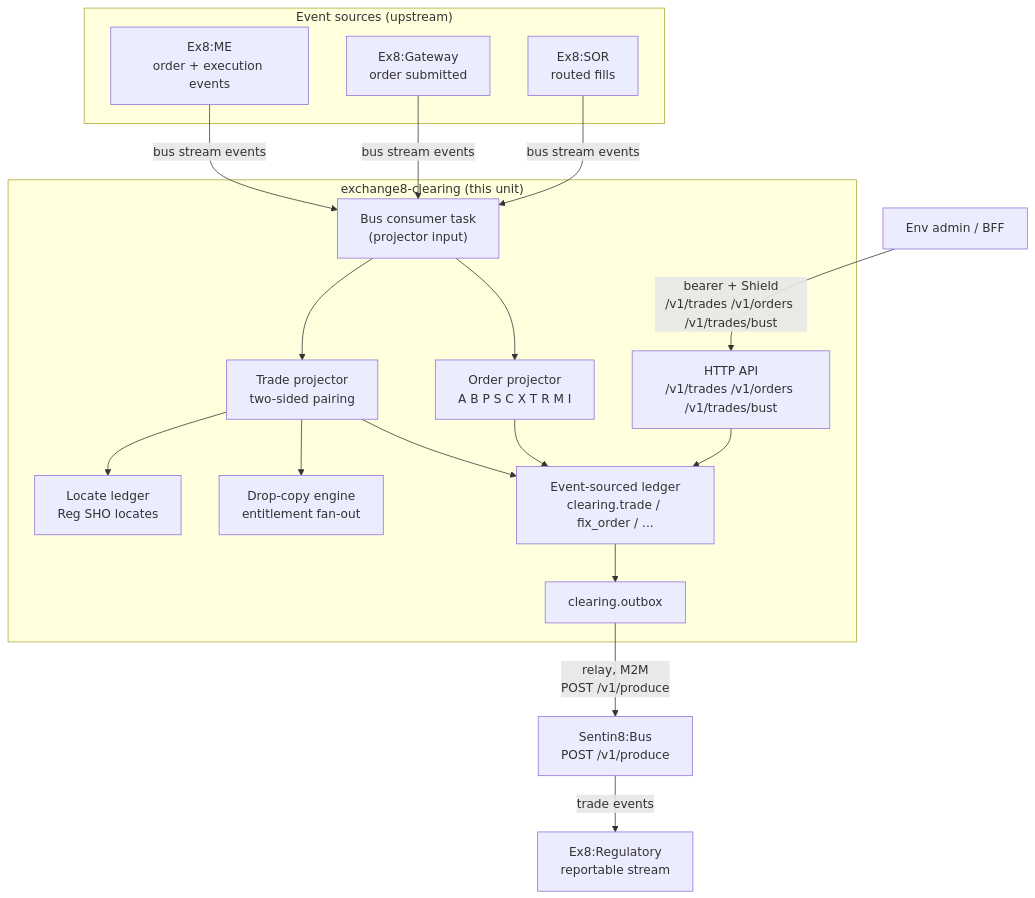
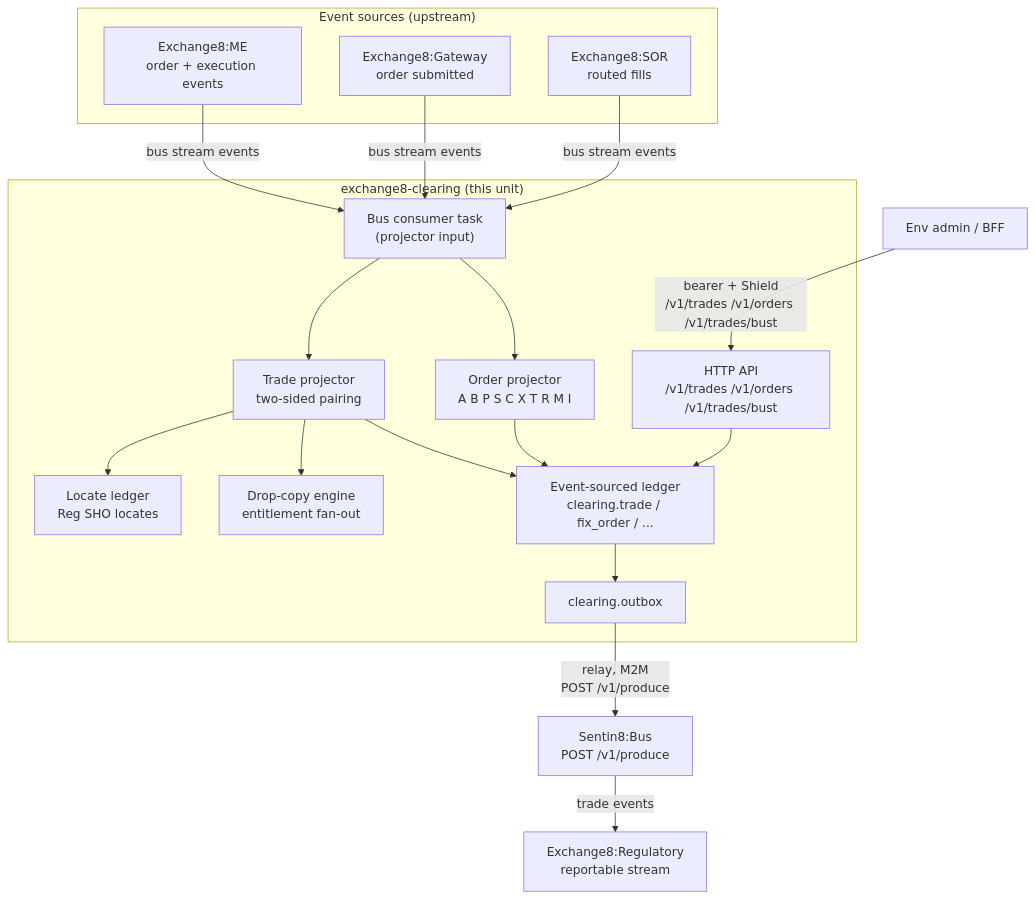
Before and after one commit to Exchange8-dev/exchange8-clearing: the diagram in README.md, drawn with Mermaid. The commit also changed other lines of this file and 10 other files, not shown here.

````diff
--- a/README.md
+++ b/README.md
@@ -46,37 +46,37 @@
 ```mermaid
 graph TD
     subgraph Producers["Event sources (upstream)"]
-        ME["Ex8:ME<br/>order + execution events"]
-        GW["Ex8:Gateway<br/>order submitted"]
-        SOR["Ex8:SOR<br/>routed fills"]
+        ME["Exchange8:ME<br/>order + execution events"]
+        GW["Exchange8:Gateway<br/>order submitted"]
+        SOR["Exchange8:SOR<br/>routed fills"]
     end
 
-    subgraph ClearingEx8["exchange8-clearing (this unit)"]
+    subgraph ClearingExchange8["exchange8-clearing (this unit)"]
         CONSUMER["Bus consumer task<br/>(projector input)"]
         OP["Order projector<br/>A B P S C X T R M I"]
         TP["Trade projector<br/>two-sided pairing"]
         LEDGER["Event-sourced ledger<br/>clearing.trade / fix_order / ..."]
         LOC["Locate ledger<br/>Reg SHO locates"]
         DC["Drop-copy engine<br/>entitlement fan-out"]
         API["HTTP API<br/>/v1/trades /v1/orders /v1/trades/bust"]
         OUT["clearing.outbox"]
     end
 
     BUS["Sentin8:Bus<br/>POST /v1/produce"]
-    REG["Ex8:Regulatory<br/>reportable stream"]
+    REG["Exchange8:Regulatory<br/>reportable stream"]
 
     ME -->|"bus stream events"| CONSUMER
     GW -->|"bus stream events"| CONSUMER
     SOR -->|"bus stream events"| CONSUMER
     CONSUMER --> OP
     CONSUMER --> TP
     OP --> LEDGER
     TP --> LEDGER
     TP --> DC
     TP --> LOC
     LEDGER --> OUT
     OUT -->|"relay, M2M<br/>POST /v1/produce"| BUS
     BUS -->|"trade events"| REG
     ADMIN["Env admin / BFF"] -->|"bearer + Shield<br/>/v1/trades /v1/orders /v1/trades/bust"| API
     API --> LEDGER
 ```
````
